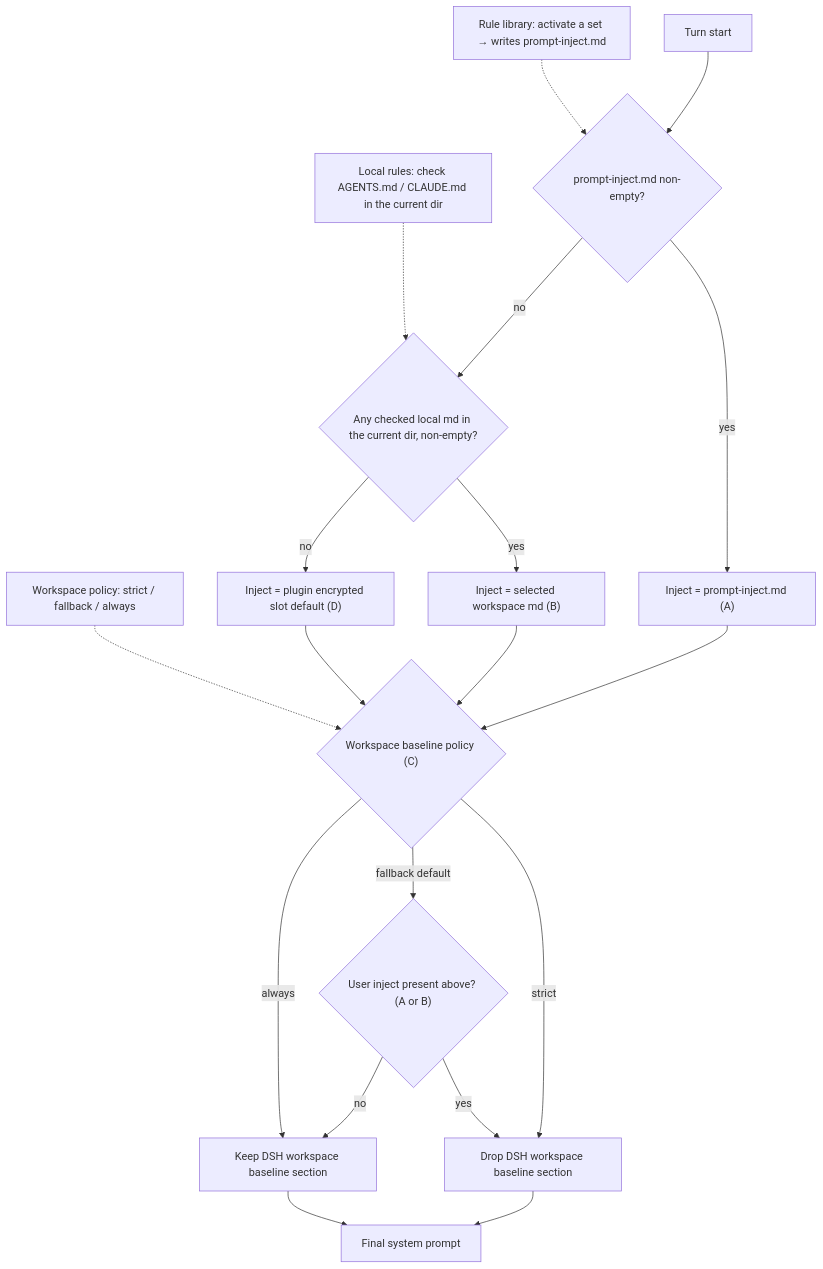
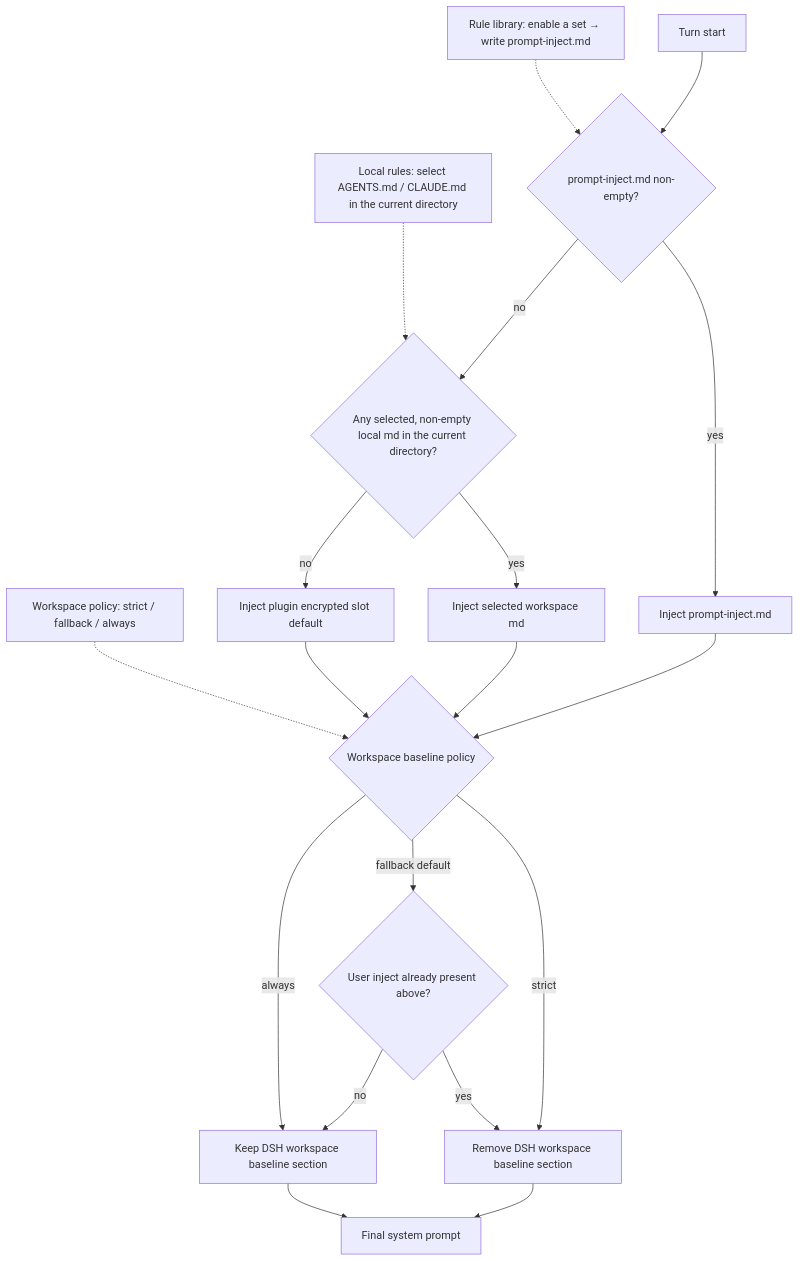
One commit to AcuteSZW/dsh-purge changed the second of 3 diagrams in README.EN.md. Above: the diagram before and after it, drawn with Mermaid. The commit also changed other lines of this file and 1 other file, not shown here.

````diff
--- a/README.EN.md
+++ b/README.EN.md
@@ -288,26 +287,24 @@
 ```mermaid
 flowchart TD
-  L["Rule library: activate a set → writes prompt-inject.md"]
-  W["Local rules: check AGENTS.md / CLAUDE.md in the current dir"]
+  L["Rule library: enable a set → write prompt-inject.md"]
+  W["Local rules: select AGENTS.md / CLAUDE.md in the current directory"]
   P["Workspace policy: strict / fallback / always"]
-
   A["Turn start"] --> B{"prompt-inject.md non-empty?"}
-  B -->|yes| C["Inject = prompt-inject.md (A)"]
-  B -->|no| D{"Any checked local md in the current dir, non-empty?"}
-  D -->|yes| E["Inject = selected workspace md (B)"]
-  D -->|no| F["Inject = plugin encrypted slot default (D)"]
-  C --> G{"Workspace baseline policy (C)"}
+  B -->|yes| C["Inject prompt-inject.md"]
+  B -->|no| D{"Any selected, non-empty local md in the current directory?"}
+  D -->|yes| E["Inject selected workspace md"]
+  D -->|no| F["Inject plugin encrypted slot default"]
+  C --> G{"Workspace baseline policy"}
   E --> G
   F --> G
-  G -->|strict| H["Drop DSH workspace baseline section"]
-  G -->|fallback default| I{"User inject present above? (A or B)"}
+  G -->|strict| H["Remove DSH workspace baseline section"]
+  G -->|fallback default| I{"User inject already present above?"}
   G -->|always| J["Keep DSH workspace baseline section"]
   I -->|yes| H
   I -->|no| J
   H --> K["Final system prompt"]
   J --> K
-
   L -.-> B
   W -.-> D
   P -.-> G
 ```
````
